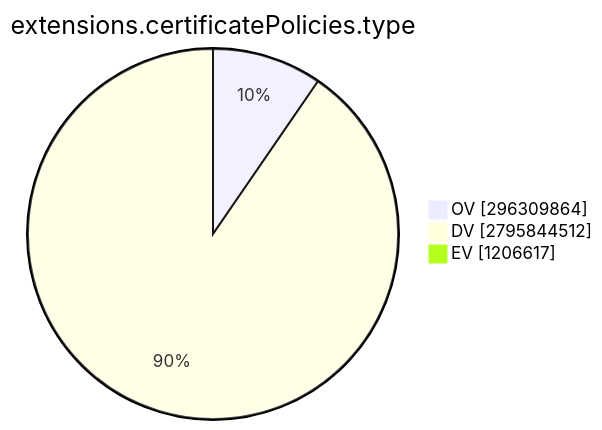
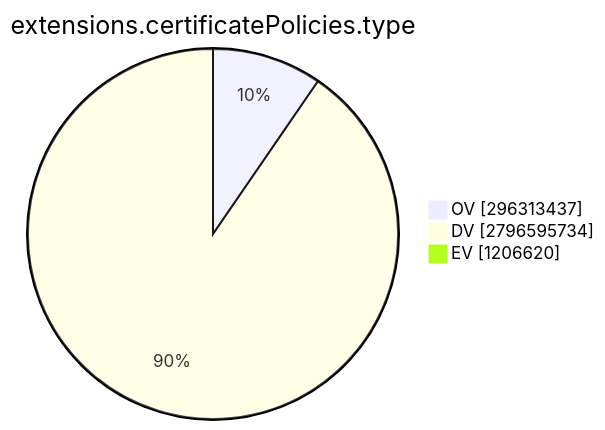
One commit to christiankrug/ctmonitor_visualization changed the ninth of 15 diagrams in TOTAL/README.md. Above: the diagram before and after it, drawn with Mermaid. The commit also changed other lines of this file, not shown here.

````diff
--- a/TOTAL/README.md
+++ b/TOTAL/README.md
@@ -3099,7 +3099,7 @@
 ```mermaid
 pie showData
 title extensions.certificatePolicies.type
-"OV" :296309864
-"DV" :2795844512
-"EV" :1206617
+"OV" :296313437
+"DV" :2796595734
+"EV" :1206620
 ```
````
